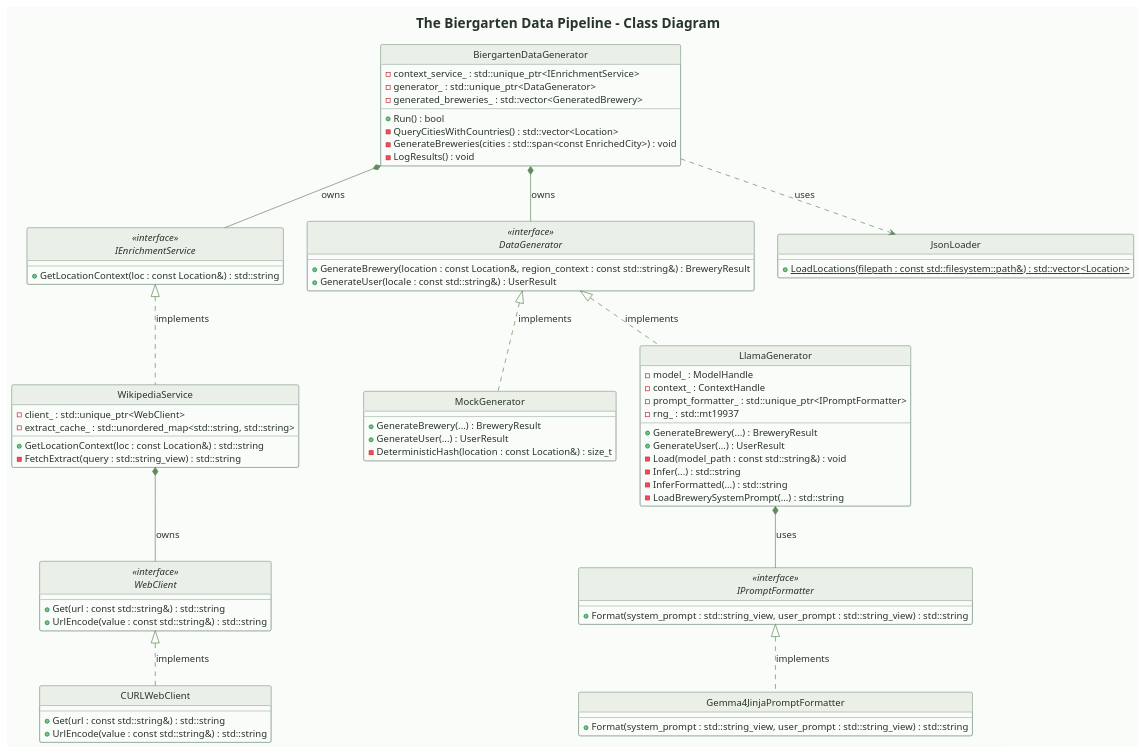
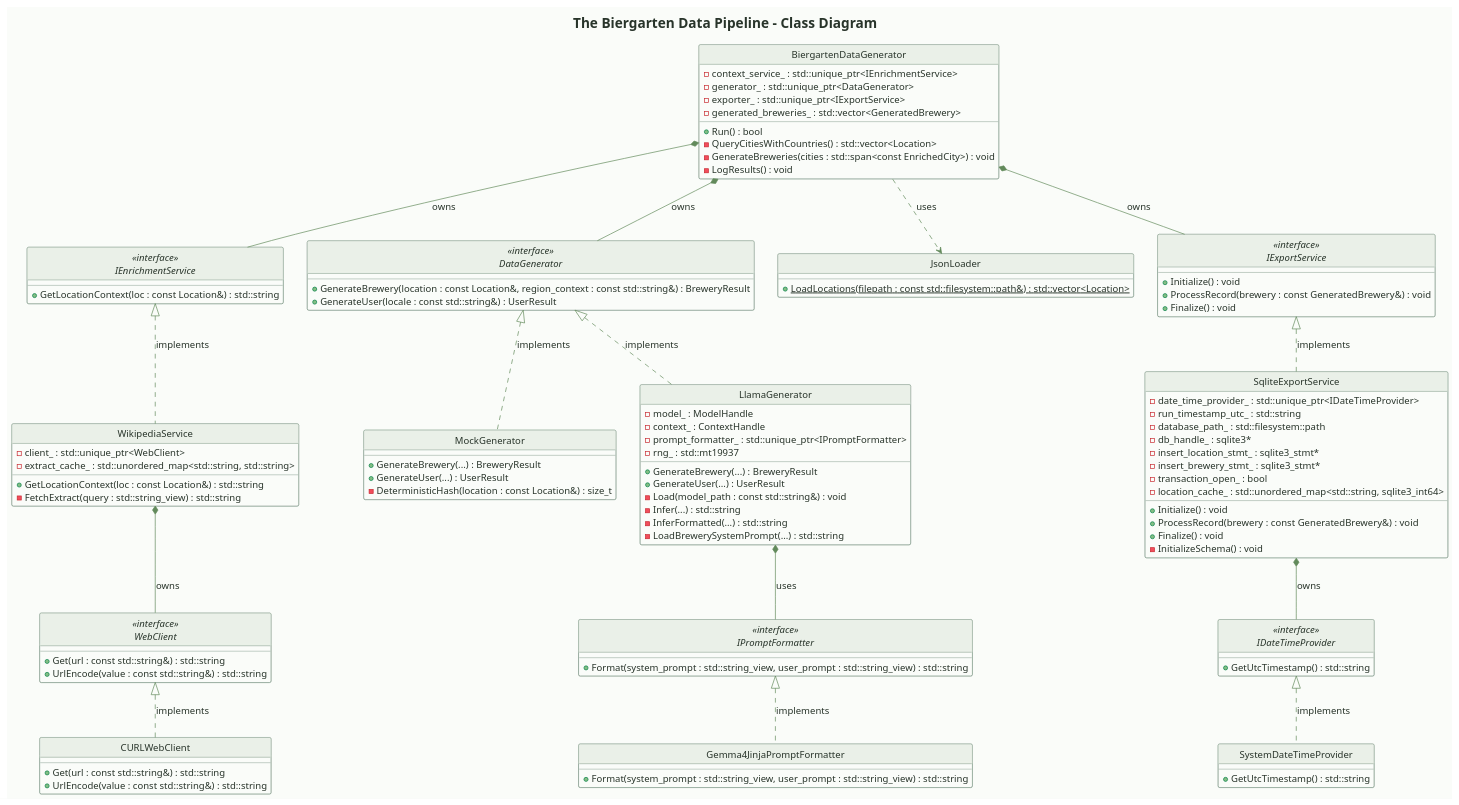
The diagram in pipeline/diagrams/class-diagram.puml (aaronpo97/the-biergarten-app), drawn with PlantUML before and after one commit. The commit also changed 22 other files, not shown here.

```diff
--- a/pipeline/diagrams/class-diagram.puml
+++ b/pipeline/diagrams/class-diagram.puml
@@ -1,112 +1,148 @@
 @startuml
 skinparam style strictuml
 skinparam defaultFontName "DM Sans"
 skinparam defaultFontSize 14
 skinparam titleFontName "Volkhov"
 skinparam titleFontSize 20
 skinparam backgroundColor #FAFCF9
 skinparam defaultFontColor #28342A
 skinparam titleFontColor #28342A
 skinparam ArrowColor #628A5B
 
 skinparam class {
   BackgroundColor #FAFCF9
   HeaderBackgroundColor #EAF0E8
   BorderColor #547461
   ArrowColor #628A5B
   FontColor #28342A
 }
 
 skinparam note {
   BackgroundColor #EAF0E8
   BorderColor #547461
   FontColor #28342A
 }
 
 title The Biergarten Data Pipeline - Class Diagram
 
 class BiergartenDataGenerator {
   - context_service_ : std::unique_ptr<IEnrichmentService>
   - generator_ : std::unique_ptr<DataGenerator>
+  - exporter_ : std::unique_ptr<IExportService>
   - generated_breweries_ : std::vector<GeneratedBrewery>
   + Run() : bool
   - QueryCitiesWithCountries() : std::vector<Location>
   - GenerateBreweries(cities : std::span<const EnrichedCity>) : void
   - LogResults() : void
 }
 
 interface IEnrichmentService <<interface>> {
   + GetLocationContext(loc : const Location&) : std::string
 }
 
 class WikipediaService {
   - client_ : std::unique_ptr<WebClient>
   - extract_cache_ : std::unordered_map<std::string, std::string>
   + GetLocationContext(loc : const Location&) : std::string
   - FetchExtract(query : std::string_view) : std::string
 }
 
 interface WebClient <<interface>> {
   + Get(url : const std::string&) : std::string
   + UrlEncode(value : const std::string&) : std::string
 }
 
 class CURLWebClient {
   + Get(url : const std::string&) : std::string
   + UrlEncode(value : const std::string&) : std::string
 }
 
 interface DataGenerator <<interface>> {
   + GenerateBrewery(location : const Location&, region_context : const std::string&) : BreweryResult
   + GenerateUser(locale : const std::string&) : UserResult
 }
 
 class MockGenerator {
   + GenerateBrewery(...) : BreweryResult
   + GenerateUser(...) : UserResult
   - DeterministicHash(location : const Location&) : size_t
 }
 
 class LlamaGenerator {
   - model_ : ModelHandle
   - context_ : ContextHandle
   - prompt_formatter_ : std::unique_ptr<IPromptFormatter>
   - rng_ : std::mt19937
   + GenerateBrewery(...) : BreweryResult
   + GenerateUser(...) : UserResult
   - Load(model_path : const std::string&) : void
   - Infer(...) : std::string
   - InferFormatted(...) : std::string
   - LoadBrewerySystemPrompt(...) : std::string
 }
 
 interface IPromptFormatter <<interface>> {
   + Format(system_prompt : std::string_view, user_prompt : std::string_view) : std::string
 }
 
 class Gemma4JinjaPromptFormatter {
   + Format(system_prompt : std::string_view, user_prompt : std::string_view) : std::string
 }
 
 class JsonLoader {
   + {static} LoadLocations(filepath : const std::filesystem::path&) : std::vector<Location>
 }
 
+interface IExportService <<interface>> {
+  + Initialize() : void
+  + ProcessRecord(brewery : const GeneratedBrewery&) : void
+  + Finalize() : void
+}
+
+class SqliteExportService {
+  - date_time_provider_ : std::unique_ptr<IDateTimeProvider>
+  - run_timestamp_utc_ : std::string
+  - database_path_ : std::filesystem::path
+  - db_handle_ : sqlite3*
+  - insert_location_stmt_ : sqlite3_stmt*
+  - insert_brewery_stmt_ : sqlite3_stmt*
+  - transaction_open_ : bool
+  - location_cache_ : std::unordered_map<std::string, sqlite3_int64>
+  + Initialize() : void
+  + ProcessRecord(brewery : const GeneratedBrewery&) : void
+  + Finalize() : void
+  - InitializeSchema() : void
+}
+
+interface IDateTimeProvider <<interface>> {
+  + GetUtcTimestamp() : std::string
+}
+
+class SystemDateTimeProvider {
+  + GetUtcTimestamp() : std::string
+}
+
 ' Structural Relationships / Dependency Injection
 BiergartenDataGenerator *-- IEnrichmentService : owns
 BiergartenDataGenerator *-- DataGenerator : owns
+BiergartenDataGenerator *-- IExportService : owns
 
 IEnrichmentService <|.. WikipediaService : implements
 WikipediaService *-- WebClient : owns
 
 WebClient <|.. CURLWebClient : implements
 
 DataGenerator <|.. MockGenerator : implements
 DataGenerator <|.. LlamaGenerator : implements
 
 LlamaGenerator *-- IPromptFormatter : uses
 
 IPromptFormatter <|.. Gemma4JinjaPromptFormatter : implements
 
 BiergartenDataGenerator ..> JsonLoader : uses
+
+IExportService <|.. SqliteExportService : implements
+SqliteExportService *-- IDateTimeProvider : owns
+IDateTimeProvider <|.. SystemDateTimeProvider : implements
+
 @enduml
```
